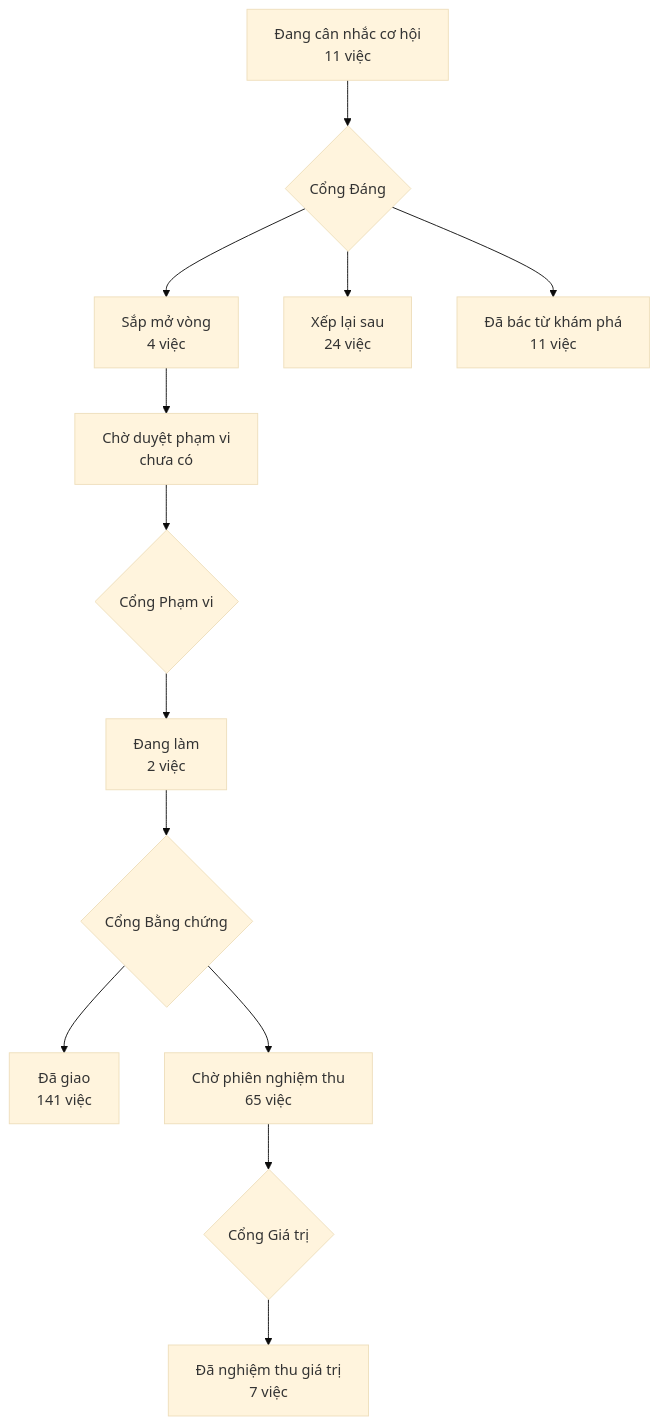
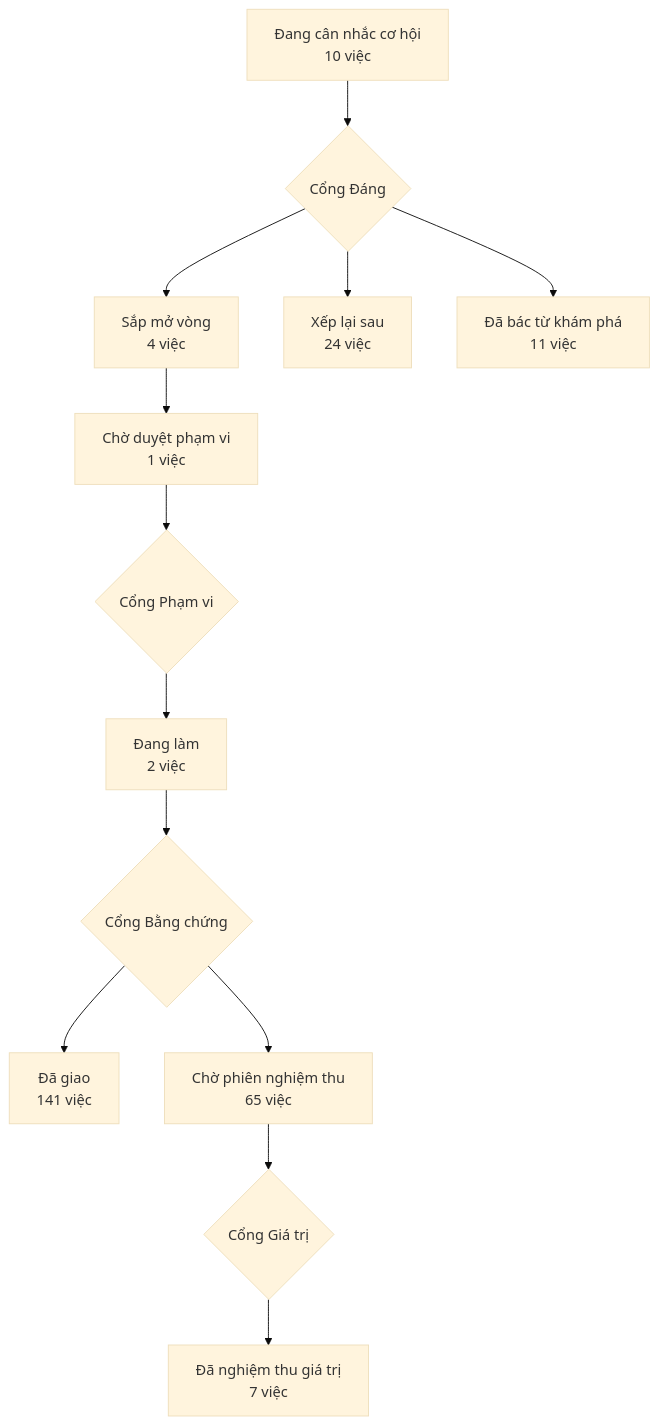
Before and after one commit to phanlemanh/acceptance-gate-kit: the diagram in PRODUCT-MAP.md, drawn with Mermaid (base theme). The commit also changed other lines of this file and 1 other file, not shown here.

````diff
--- a/PRODUCT-MAP.md
+++ b/PRODUCT-MAP.md
@@ -7,12 +7,12 @@
 ```mermaid
 flowchart TD
-  A["Đang cân nhắc cơ hội<br/>11 việc"] --> GD{"Cổng Đáng"}
+  A["Đang cân nhắc cơ hội<br/>10 việc"] --> GD{"Cổng Đáng"}
   GD --> B["Sắp mở vòng<br/>4 việc"]
   GD --> XL["Xếp lại sau<br/>24 việc"]
   GD --> DB["Đã bác từ khám phá<br/>11 việc"]
-  B --> CD["Chờ duyệt phạm vi<br/>chưa có"] --> GP{"Cổng Phạm vi"}
+  B --> CD["Chờ duyệt phạm vi<br/>1 việc"] --> GP{"Cổng Phạm vi"}
   GP --> DL["Đang làm<br/>2 việc"] --> GB{"Cổng Bằng chứng"}
   GB --> DG["Đã giao<br/>141 việc"]
   GB --> CN["Chờ phiên nghiệm thu<br/>65 việc"] --> GG{"Cổng Giá trị"}
   GG --> NT["Đã nghiệm thu giá trị<br/>7 việc"]
 ```
````
